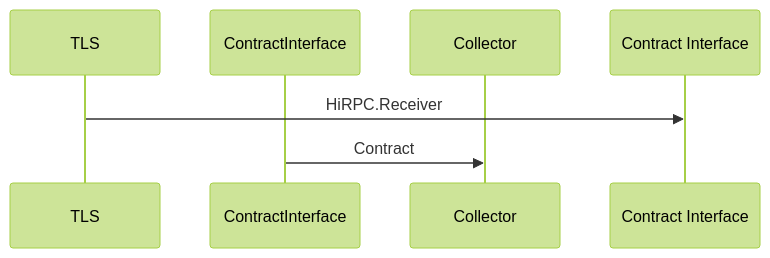
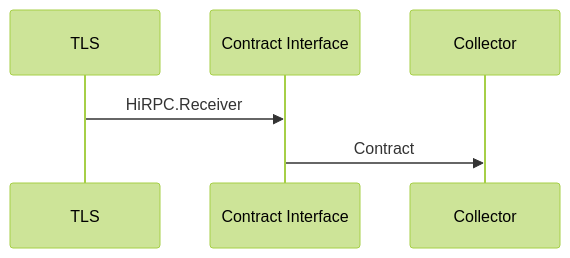
The diagram in documents/architecture/ContractInterface.md (tagion/tagion), drawn with Mermaid (forest theme) before and after one commit.

````diff
--- a/documents/architecture/ContractInterface.md
+++ b/documents/architecture/ContractInterface.md
@@ -25,8 +25,8 @@
 ```mermaid
 sequenceDiagram
     participant TLS
-    participant ContractInterface
+    participant Contract Interface
     participant Collector
     TLS->>Contract Interface: HiRPC.Receiver
-    ContractInterface->>Collector: Contract
+    Contract Interface->>Collector: Contract
 ```
````
